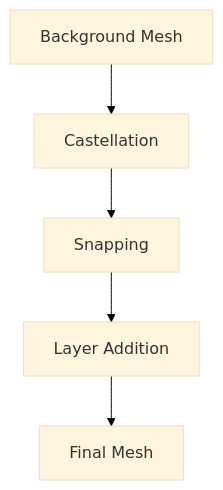
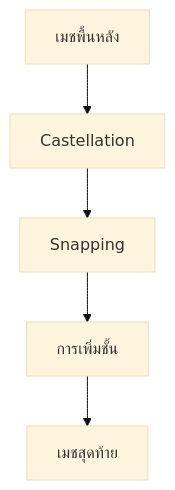
Before and after one commit to wramet/build-my-cfd: the second of 2 diagrams in MODULE_07_UTILITIES_AUTOMATION/CONTENT/01_UTILITIES_OVERVIEW/00_Overview.md, drawn with Mermaid (base theme). The commit also changed other lines of this file and 104 other files, not shown here.

````diff
--- a/MODULE_07_UTILITIES_AUTOMATION/CONTENT/01_UTILITIES_OVERVIEW/00_Overview.md
+++ b/MODULE_07_UTILITIES_AUTOMATION/CONTENT/01_UTILITIES_OVERVIEW/00_Overview.md
@@ -224,7 +220,7 @@
 ```mermaid
 flowchart TD
-    START[Background Mesh] --> CAST[Castellation]
+    START[เมชพื้นหลัง] --> CAST[Castellation]
     CAST --> SNAP[Snapping]
-    SNAP --> LAYER[Layer Addition]
-    LAYER --> FINAL[Final Mesh]
+    SNAP --> LAYER[การเพิ่มชั้น]
+    LAYER --> FINAL[เมชสุดท้าย]
 ```
````
